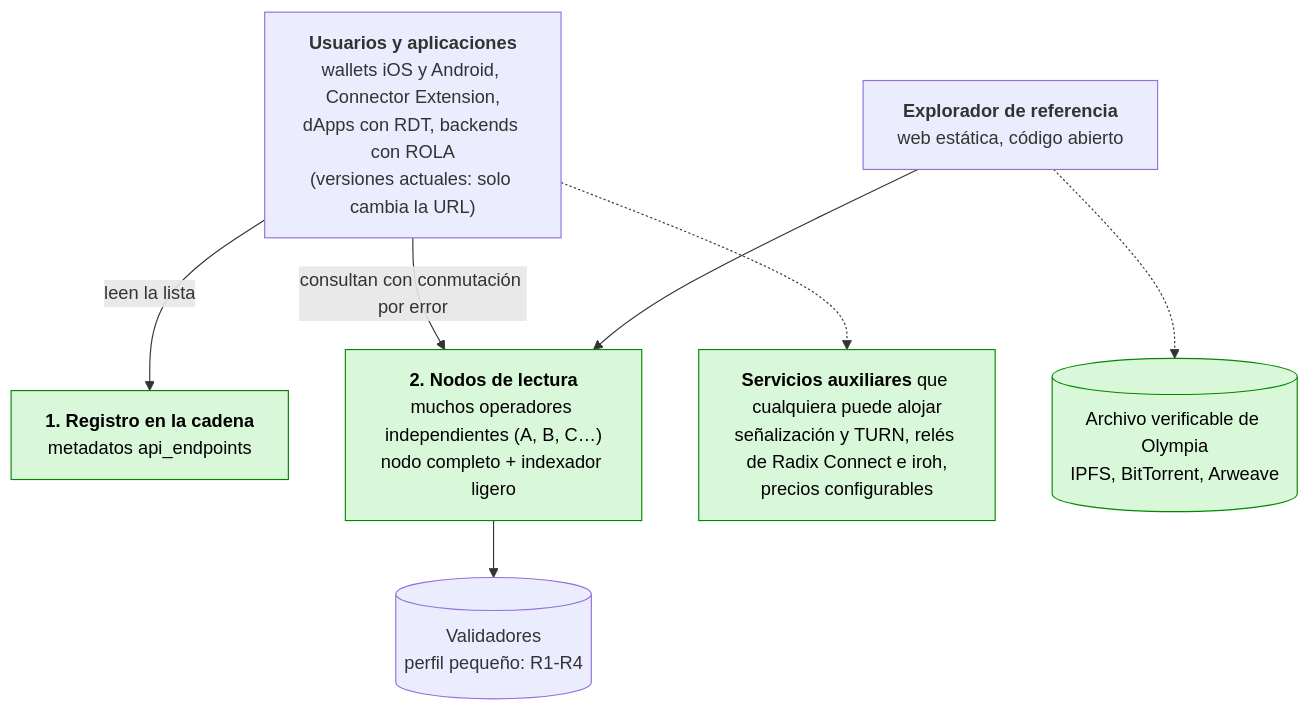
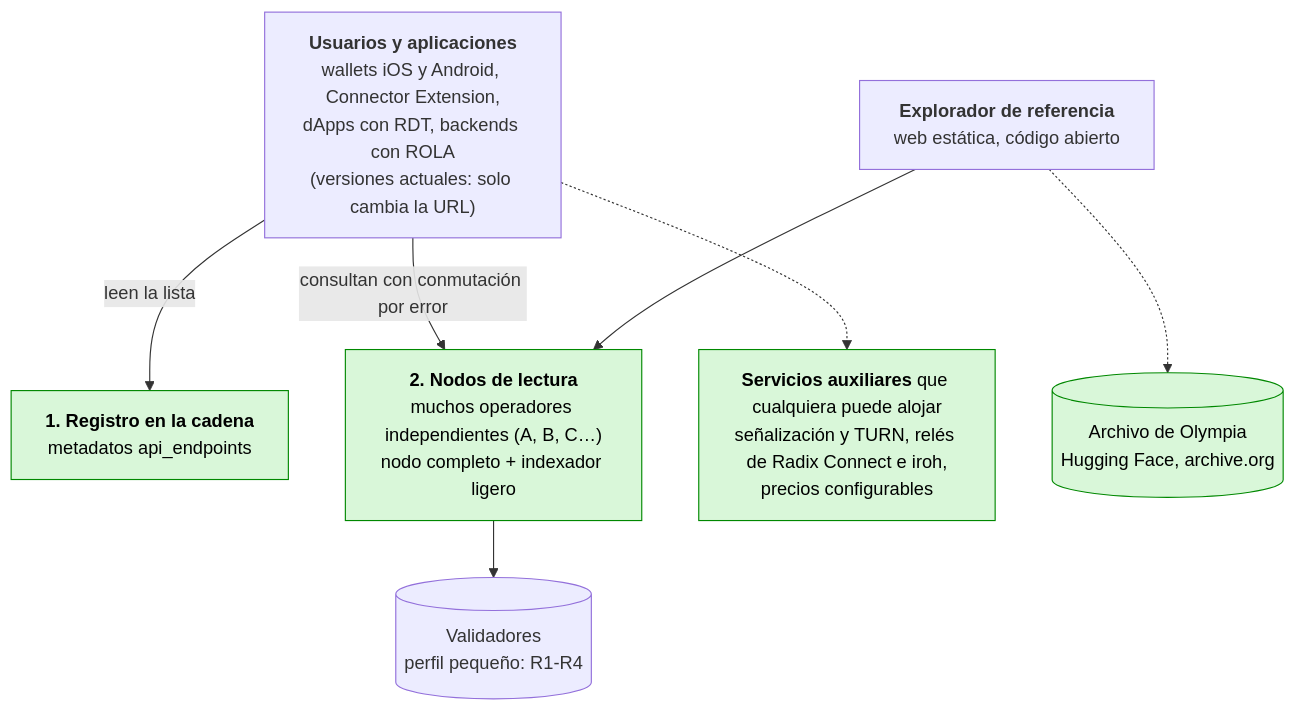
Before and after one commit to genkipool/radix-decentralization-roadmap: the second of 8 diagrams in README.es.md, drawn with Mermaid. The commit also changed other lines of this file and 11 other files, not shown here.

````diff
--- a/README.es.md
+++ b/README.es.md
@@ -310,18 +310,18 @@
 ```mermaid
 flowchart TB
     APPS["<b>Usuarios y aplicaciones</b><br/>wallets iOS y Android, Connector Extension,<br/>dApps con RDT, backends con ROLA<br/>(versiones actuales: solo cambia la URL)"]
     EXP["<b>Explorador de referencia</b><br/>web estática, código abierto"]
     REG["<b>1. Registro en la cadena</b><br/>metadatos api_endpoints"]
     READ["<b>2. Nodos de lectura</b><br/>muchos operadores independientes (A, B, C…)<br/>nodo completo + indexador ligero"]
     SELF["<b>Servicios auxiliares</b> que cualquiera puede alojar<br/>señalización y TURN, relés de Radix Connect e iroh,<br/>precios configurables"]
-    ARCH[("Archivo verificable de Olympia<br/>IPFS, BitTorrent, Arweave")]
+    ARCH[("Archivo de Olympia<br/>Hugging Face, archive.org")]
     VAL[("Validadores<br/>perfil pequeño: R1-R4")]
     APPS -->|"leen la lista"| REG
     APPS -->|"consultan con conmutación por error"| READ
     EXP --> READ
     APPS -.-> SELF
     EXP -.-> ARCH
     READ --> VAL
     classDef good fill:#d9f7d9,stroke:#080,color:#000
     class READ,REG,SELF,ARCH good
 ```
````
